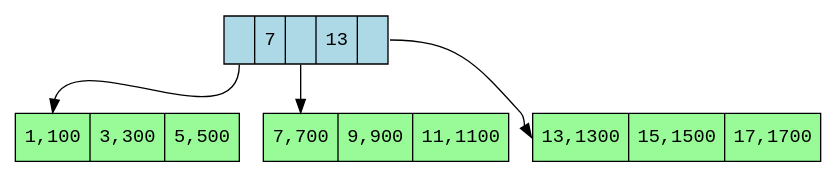
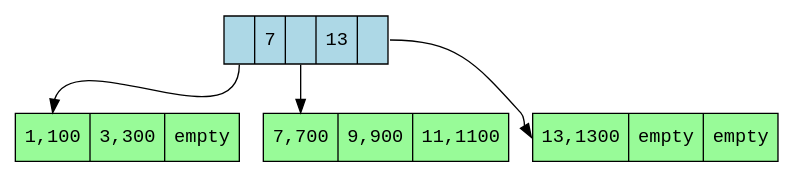
One commit to Beman/btree changed the diagram in libs/btree/doc/bounds_test_map.dot. Above: the diagram before and after it, drawn with Graphviz. The commit also changed 1 other file, not shown here.

```diff
--- a/libs/btree/doc/bounds_test_map.dot
+++ b/libs/btree/doc/bounds_test_map.dot
@@ -1,11 +1,11 @@
 digraph btree {
 fontname=Courier;
 node [shape = record,margin=.1,width=.1,height=.5,fontname=Courier,style="filled"];
-page1[label = "<f0> 1,100|3,300|5,500",fillcolor="palegreen"];
+page1[label = "<f0> 1,100|3,300|empty",fillcolor="palegreen"];
 page2[label = "<f0>|7|<f1>|13|<f2>",fillcolor="lightblue"];
 "page2":f0 -> "page1":f0;
 "page2":f1 -> "page3":f0;
 "page2":f2 -> "page4":f0;
 page3[label = "<f0> 7,700|9,900|11,1100",fillcolor="palegreen"];
-page4[label = "<f0> 13,1300|15,1500|17,1700",fillcolor="palegreen"];
+page4[label = "<f0> 13,1300|empty|empty",fillcolor="palegreen"];
 }
```
